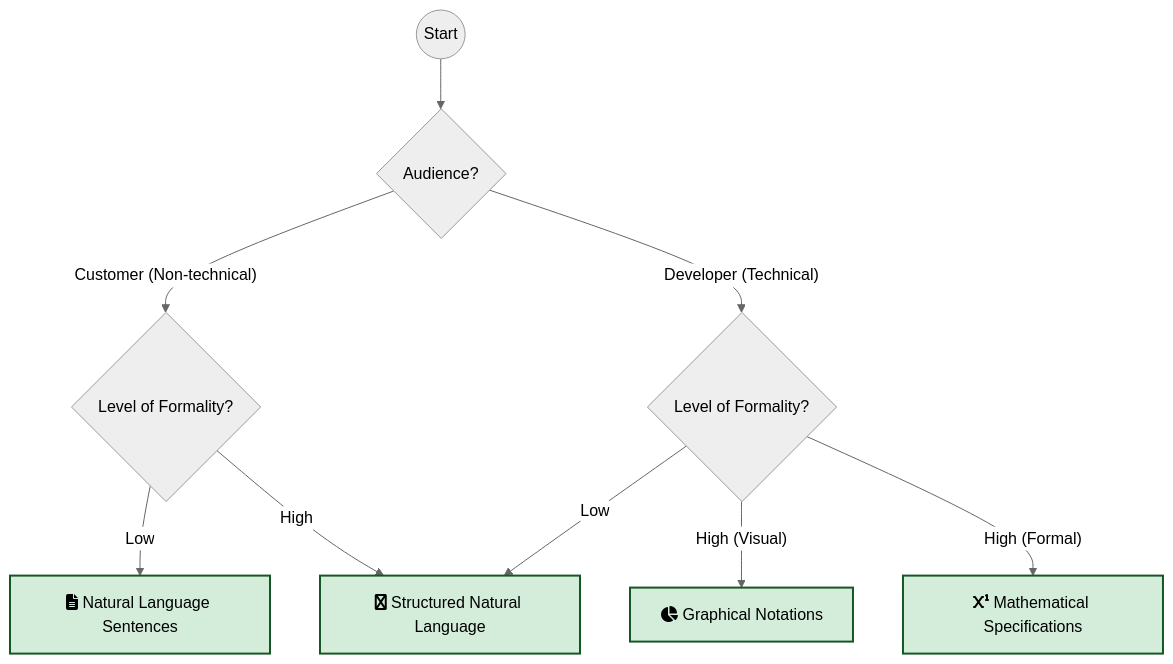
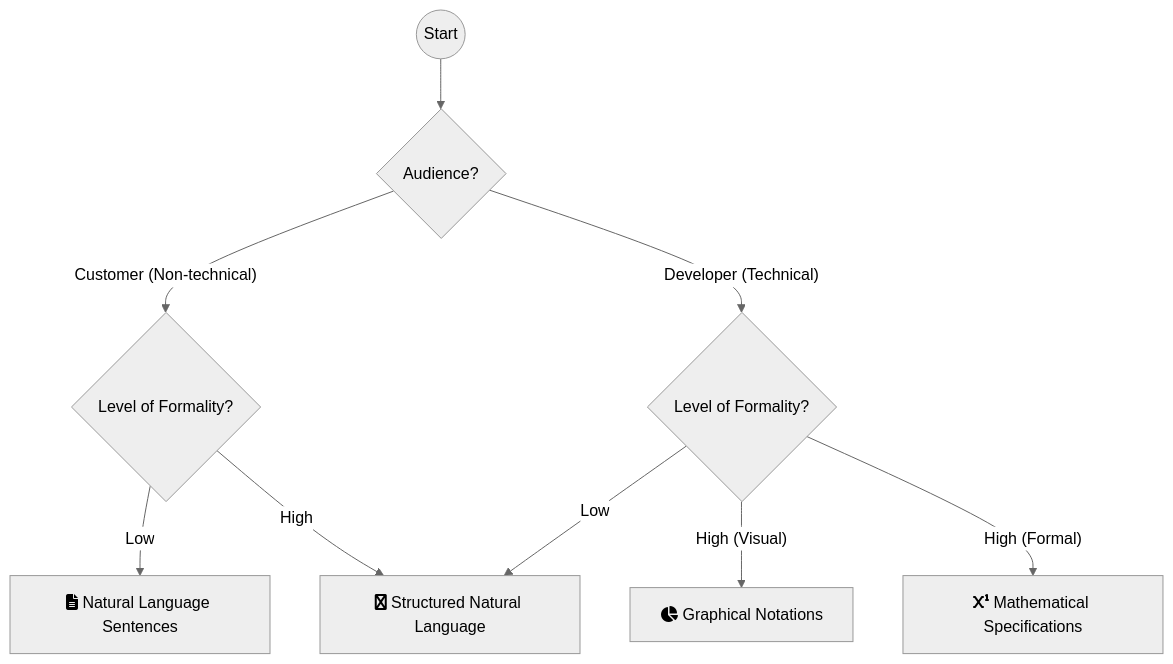
The first of 3 diagrams in docs/mca/se/u11/u13.md (sujith-eag/sujith-library), drawn with Mermaid (neutral theme) before and after one commit. The commit also changed other lines of this file and 41 other files, not shown here.

First line of the commit message:
Refactor diagrams and remove redundant styles in documentation

````diff
--- a/docs/mca/se/u11/u13.md
+++ b/docs/mca/se/u11/u13.md
@@ -18,22 +18,19 @@
 ```mermaid
 graph TD
-    classDef decision fill:#ffc107,stroke:#c59d00,stroke-width:2px;
-    classDef audience fill:#add8e6,stroke:#4682b4,stroke-width:2px;
-    classDef notation fill:#d4edda,stroke:#155724,stroke-width:2px;
 
     Start((Start)) --> A{Audience?};
     A -- "Customer (Non-technical)" --> B{Level of Formality?};
     A -- "Developer (Technical)" --> C{Level of Formality?};
 
     B -- "Low" --> NL[fa:fa-file-alt Natural Language Sentences];
     B -- "High" --> SNL[fa:fa-wpforms Structured Natural Language];
     
     C -- "Low" --> SNL;
     C -- "High (Visual)" --> GN[fa:fa-chart-pie Graphical Notations];
     C -- "High (Formal)" --> MS[fa:fa-superscript Mathematical Specifications];
 
     NL:::notation;
     SNL:::notation;
     GN:::notation;
     MS:::notation;
 ```
````
